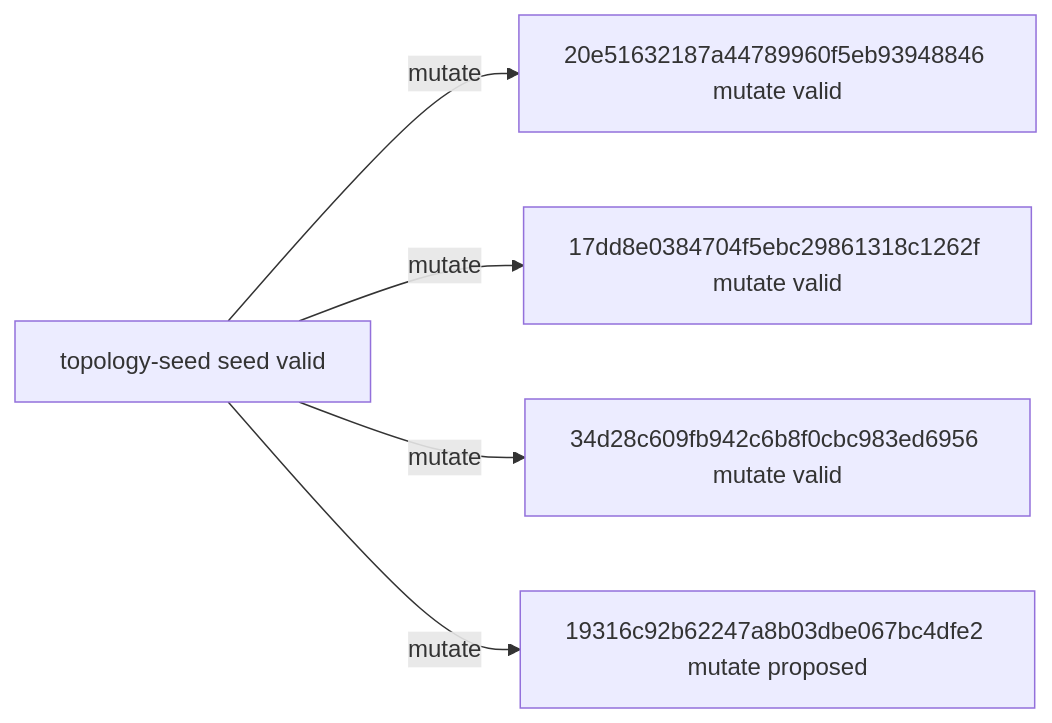
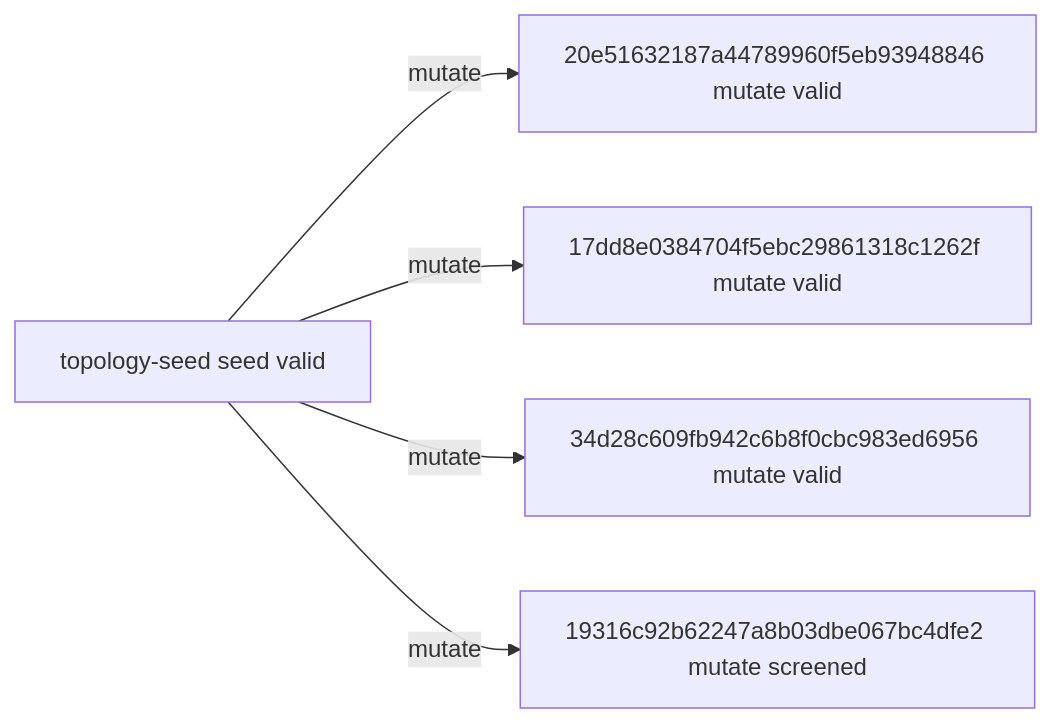
Before and after one commit to timbtz/feyer-search-lab: the diagram in experiments/campaigns/topology-smac-v1/README.md, drawn with Mermaid. The commit also changed other lines of this file and 7 other files, not shown here.

Commit message:
Record DAG campaign 19316c92b62247a8b03dbe067bc4dfe2-screen

````diff
--- a/experiments/campaigns/topology-smac-v1/README.md
+++ b/experiments/campaigns/topology-smac-v1/README.md
@@ -21,12 +21,12 @@
 ```mermaid
 graph LR
   n0["topology-seed seed valid"]
   n1["20e51632187a44789960f5eb93948846 mutate valid"]
   n2["17dd8e0384704f5ebc29861318c1262f mutate valid"]
   n3["34d28c609fb942c6b8f0cbc983ed6956 mutate valid"]
-  n4["19316c92b62247a8b03dbe067bc4dfe2 mutate proposed"]
+  n4["19316c92b62247a8b03dbe067bc4dfe2 mutate screened"]
   n0 -->|mutate| n1
   n0 -->|mutate| n2
   n0 -->|mutate| n3
   n0 -->|mutate| n4
 ```
````
